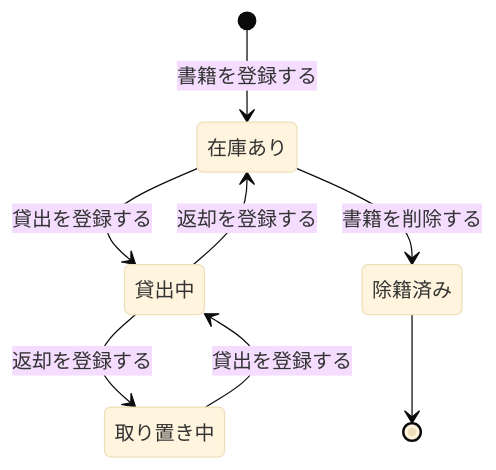
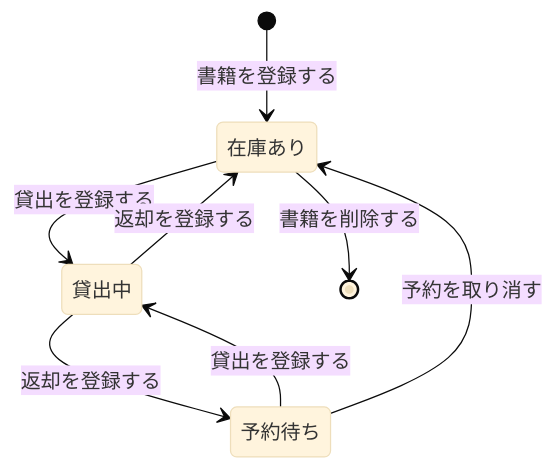
The first of 3 diagrams in samples/distillery2/library-loan/docs/requirements/rdra/views/06_状態モデル.md (suwa-sh/suwa-sh-claude-plugins), drawn with Mermaid (base theme) before and after one commit. The commit also changed other lines of this file and 249 other files, not shown here.

````diff
--- a/samples/distillery2/library-loan/docs/requirements/rdra/views/06_状態モデル.md
+++ b/samples/distillery2/library-loan/docs/requirements/rdra/views/06_状態モデル.md
@@ -9,14 +9,13 @@
 ```mermaid
 stateDiagram-v2
   s1 : 在庫あり
   s2 : 貸出中
-  s3 : 取り置き中
-  s4 : 除籍済み
+  s3 : 予約待ち
   [*] --> s1 : 書籍を登録する
   s1 --> s2 : 貸出を登録する
   s2 --> s1 : 返却を登録する
   s2 --> s3 : 返却を登録する
   s3 --> s2 : 貸出を登録する
-  s1 --> s4 : 書籍を削除する
-  s4 --> [*]
+  s3 --> s1 : 予約を取り消す
+  s1 --> [*] : 書籍を削除する
 ```
````
